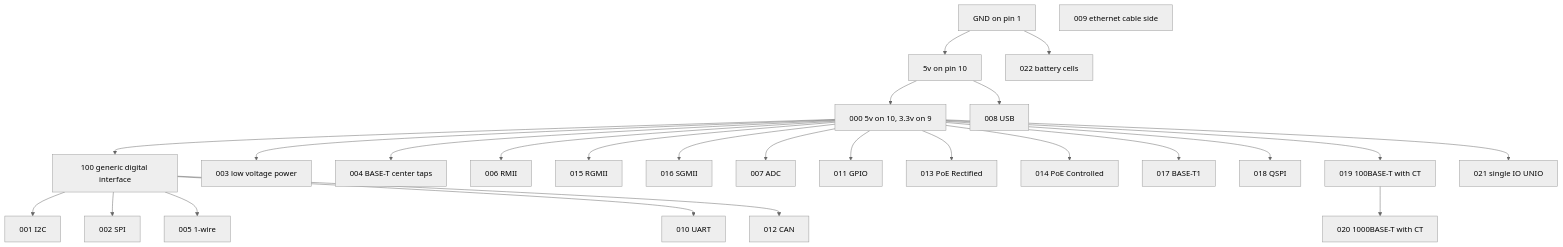
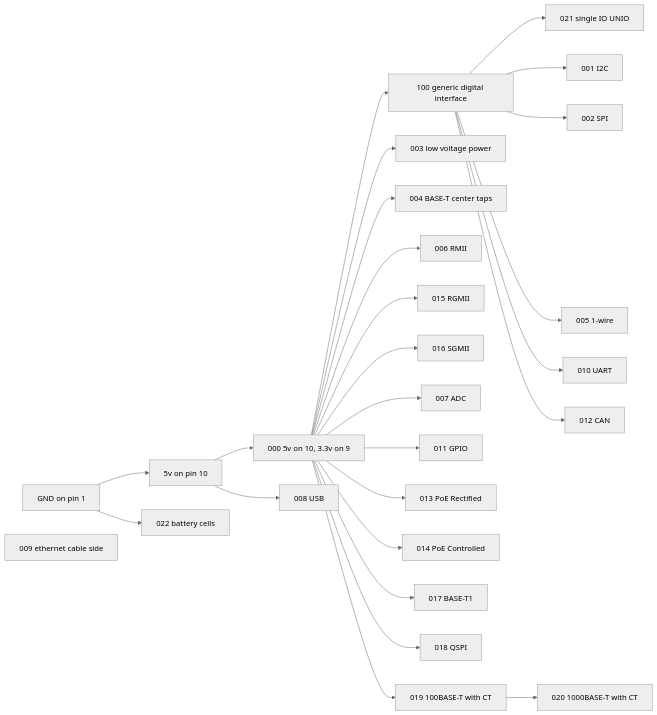
The diagram in README.md (skunkforce/put_on_edge), drawn with Mermaid (neutral theme) before and after one commit.

Commit message:
added a few links to interface specific docs

````diff
--- a/README.md
+++ b/README.md
@@ -52,32 +52,38 @@
 ```mermaid
-graph TD
+graph LR
     root[GND on pin 1] --> vcc[5v on pin 10]
     root --> j022[022 battery cells]
     vcc --> j000[000 5v on 10, 3.3v on 9]
     vcc --> j008[008 USB]
     j000 --> j100[100 generic digital interface]
     j000 --> j003[003 low voltage power]
     j000 --> j004[004 BASE-T center taps]
     j000 --> j006[006 RMII]
     j000 --> j015[015 RGMII]
     j000 --> j016[016 SGMII]
     j000 --> j007[007 ADC]
     j000 --> j011[011 GPIO]
     j000 --> j013[013 PoE Rectified]
     j000 --> j014[014 PoE Controlled]
     j000 --> j017[017 BASE-T1]
     j000 --> j018[018 QSPI]
     j000 --> j019[019 100BASE-T with CT]
     j019 --> j020[020 1000BASE-T with CT]
-    j000 --> j021[021 single IO UNIO]
+    j100 --> j021[021 single IO UNIO]
     j100 --> j001[001 I2C]
     j100 --> j002[002 SPI]
     j100 --> j005[005 1-wire]
     j100 --> j010[010 UART]
     j100 --> j012[012 CAN]
     
     
     j009[009 ethernet cable side]
     
+    click j001 "https://github.com/skunkforce/put_on_edge/blob/master/001_I2C/README.md"
+    click j002 "https://github.com/skunkforce/put_on_edge/blob/master/002_SPI/README.md"
+    click j003 "https://github.com/skunkforce/put_on_edge/blob/master/003_power/README.md"
+    click j004 "https://github.com/skunkforce/put_on_edge/blob/master/004_BASE-T_CT/README.md"
+    click j005 "https://github.com/skunkforce/put_on_edge/blob/master/005_1wire/README.md"
+    
     
 ```
````
